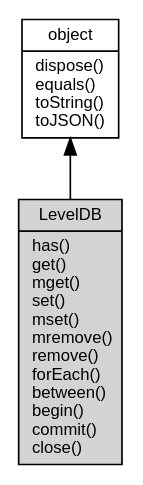
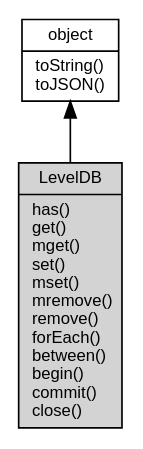
The diagram in docs/object/ifs/LevelDB.md (asionius/fibjs-ceph), drawn with Graphviz before and after one commit. The commit also changed other lines of this file and 138 other files, not shown here.

````diff
--- a/docs/object/ifs/LevelDB.md
+++ b/docs/object/ifs/LevelDB.md
@@ -12,10 +12,10 @@
 ```dot
 digraph {
     node [fontname="Helvetica,sans-Serif", fontsize=10, shape="record", style="filled", fillcolor="white"];
 
-    object [tooltip="object", URL="object.md", label="{object|dispose()\lequals()\ltoString()\ltoJSON()\l}"];
-    LevelDB [tooltip="LevelDB", fillcolor="lightgray", label="{LevelDB|has()\lget()\lmget()\lset()\lmset()\lmremove()\lremove()\lforEach()\lbetween()\lbegin()\lcommit()\lclose()\l}"];
+    object [tooltip="object", URL="object.md", label="{object|toString()\ltoJSON()\l}"];
+    LevelDB [tooltip="LevelDB", fillcolor="lightgray", id="me", label="{LevelDB|has()\lget()\lmget()\lset()\lmset()\lmremove()\lremove()\lforEach()\lbetween()\lbegin()\lcommit()\lclose()\l}"];
 
     object -> LevelDB [dir=back];
 }
 ```
````
